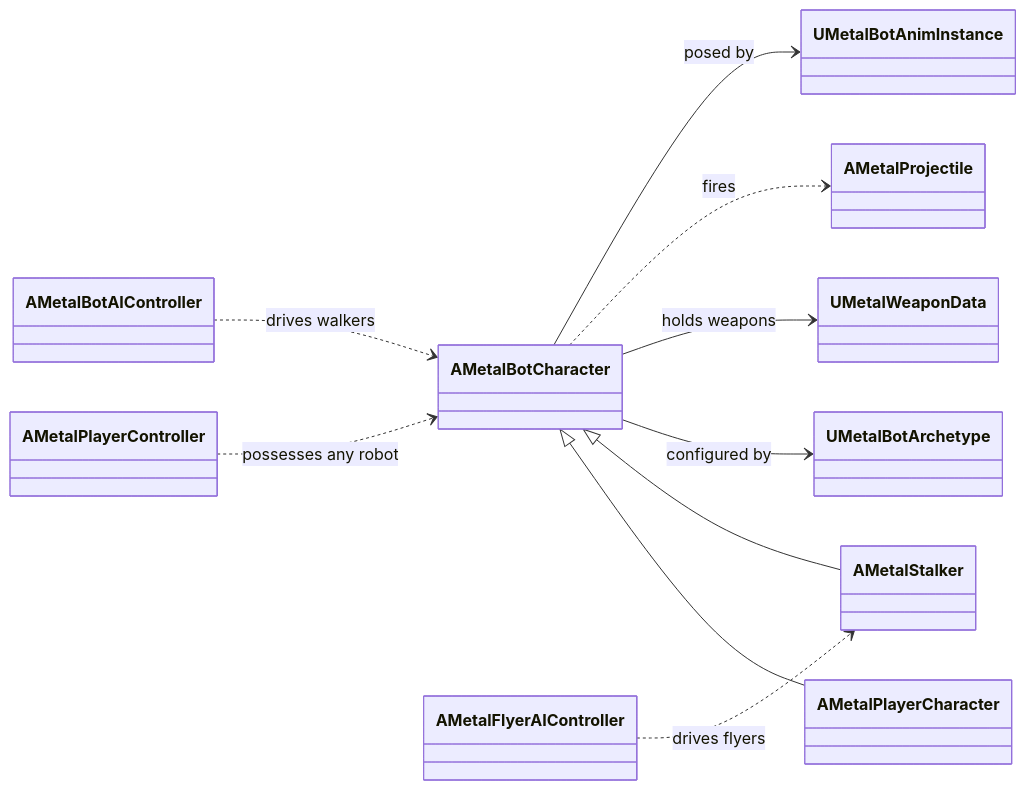
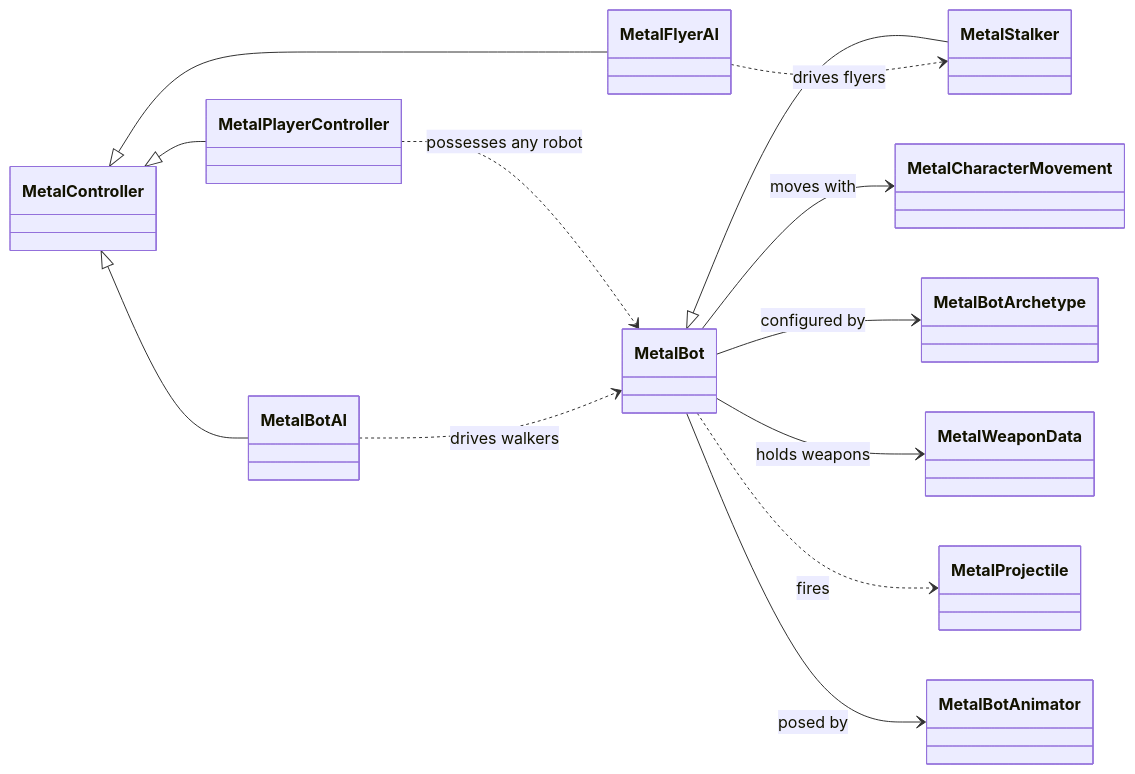
Before and after one commit to lcosti20/Metalization: the first of 2 diagrams in Docs/Architecture.md, drawn with Mermaid. The commit also changed other lines of this file and 13 other files, not shown here.

````diff
--- a/Docs/Architecture.md
+++ b/Docs/Architecture.md
@@ -53,24 +48,28 @@
 ```mermaid
 classDiagram
     direction LR
-    class AMetalBotCharacter
-    class AMetalPlayerCharacter
-    class AMetalStalker
-    class UMetalBotArchetype
-    class UMetalWeaponData
-    class AMetalProjectile
-    class UMetalBotAnimInstance
-    class AMetalPlayerController
-    class AMetalBotAIController
-    class AMetalFlyerAIController
+    class MetalBot
+    class MetalStalker
+    class MetalCharacterMovement
+    class MetalBotArchetype
+    class MetalWeaponData
+    class MetalProjectile
+    class MetalBotAnimator
+    class MetalController
+    class MetalPlayerController
+    class MetalBotAI
+    class MetalFlyerAI
 
-    AMetalBotCharacter <|-- AMetalPlayerCharacter
-    AMetalBotCharacter <|-- AMetalStalker
-    AMetalBotCharacter --> UMetalBotArchetype : configured by
-    AMetalBotCharacter --> UMetalWeaponData : holds weapons
-    AMetalBotCharacter ..> AMetalProjectile : fires
-    AMetalBotCharacter --> UMetalBotAnimInstance : posed by
-    AMetalPlayerController ..> AMetalBotCharacter : possesses any robot
-    AMetalBotAIController ..> AMetalBotCharacter : drives walkers
-    AMetalFlyerAIController ..> AMetalStalker : drives flyers
+    MetalBot <|-- MetalStalker
+    MetalBot --> MetalCharacterMovement : moves with
+    MetalBot --> MetalBotArchetype : configured by
+    MetalBot --> MetalWeaponData : holds weapons
+    MetalBot ..> MetalProjectile : fires
+    MetalBot --> MetalBotAnimator : posed by
+    MetalController <|-- MetalPlayerController
+    MetalController <|-- MetalBotAI
+    MetalController <|-- MetalFlyerAI
+    MetalPlayerController ..> MetalBot : possesses any robot
+    MetalBotAI ..> MetalBot : drives walkers
+    MetalFlyerAI ..> MetalStalker : drives flyers
 ```
````
